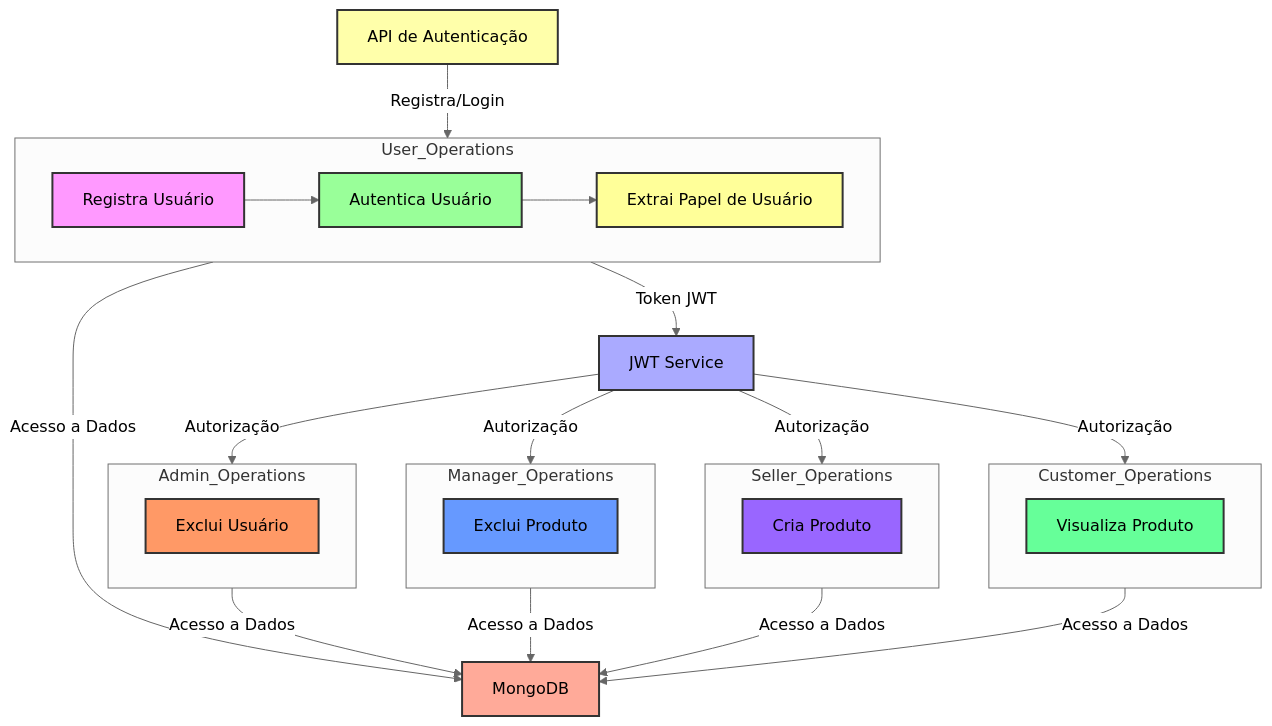
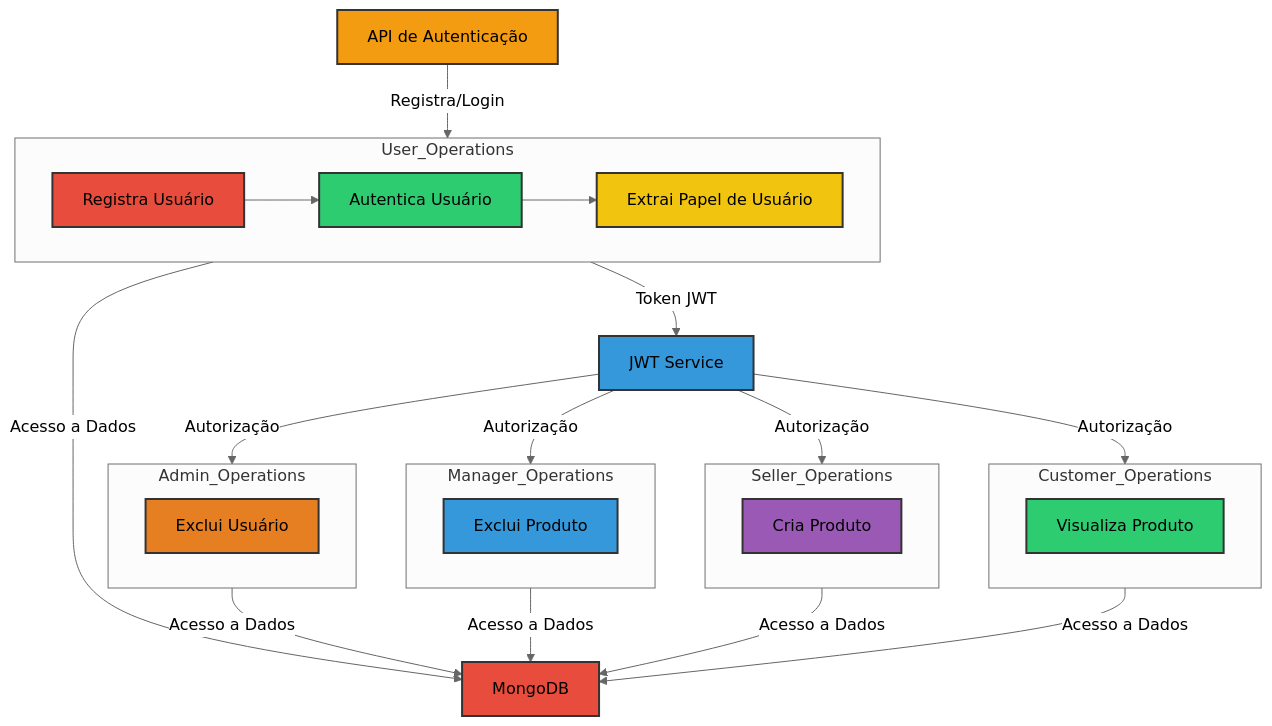
One commit to GuuhRodrigues/API_com_Autorizacao_e_Autenticacao changed the diagram in README.md. Above: the diagram before and after it, drawn with Mermaid (neutral theme).

````diff
--- a/README.md
+++ b/README.md
@@ -8,45 +8,45 @@
 ```mermaid
 graph TD;
     subgraph User_Operations
         A1[Registra Usuário] --> B1[Autentica Usuário]
         B1 --> C1[Extrai Papel de Usuário]
-        style A1 fill:#f9f,stroke:#333,stroke-width:2px;
-        style B1 fill:#9f9,stroke:#333,stroke-width:2px;
-        style C1 fill:#ff9,stroke:#333,stroke-width:2px;
+        style A1 fill:#e74c3c,stroke:#333,stroke-width:2px;
+        style B1 fill:#2ecc71,stroke:#333,stroke-width:2px;
+        style C1 fill:#f1c40f,stroke:#333,stroke-width:2px;
     end
 
     subgraph Admin_Operations
         D1[Exclui Usuário]
-        style D1 fill:#f96,stroke:#333,stroke-width:2px;
+        style D1 fill:#e67e22,stroke:#333,stroke-width:2px;
     end
 
     subgraph Manager_Operations
         E1[Exclui Produto]
-        style E1 fill:#69f,stroke:#333,stroke-width:2px;
+        style E1 fill:#3498db,stroke:#333,stroke-width:2px;
     end
 
     subgraph Seller_Operations
         F1[Cria Produto]
-        style F1 fill:#96f,stroke:#333,stroke-width:2px;
+        style F1 fill:#9b59b6,stroke:#333,stroke-width:2px;
     end
 
     subgraph Customer_Operations
         G1[Visualiza Produto]
-        style G1 fill:#6f9,stroke:#333,stroke-width:2px;
+        style G1 fill:#2ecc71,stroke:#333,stroke-width:2px;
     end
 
     A[API de Autenticação] -->|Registra/Login| User_Operations
-    style A fill:#ffa,stroke:#333,stroke-width:2px;
+    style A fill:#f39c12,stroke:#333,stroke-width:2px;
     User_Operations -->|Token JWT| H[JWT Service]
-    style H fill:#aaf,stroke:#333,stroke-width:2px;
+    style H fill:#3498db,stroke:#333,stroke-width:2px;
     H -->|Autorização| Admin_Operations
     H -->|Autorização| Manager_Operations
     H -->|Autorização| Seller_Operations
     H -->|Autorização| Customer_Operations
     User_Operations -->|Acesso a Dados| I[MongoDB]
-    style I fill:#fa9,stroke:#333,stroke-width:2px;
+    style I fill:#e74c3c,stroke:#333,stroke-width:2px;
     Admin_Operations -->|Acesso a Dados| I
     Manager_Operations -->|Acesso a Dados| I
     Seller_Operations -->|Acesso a Dados| I
     Customer_Operations -->|Acesso a Dados| I
 ```
````
